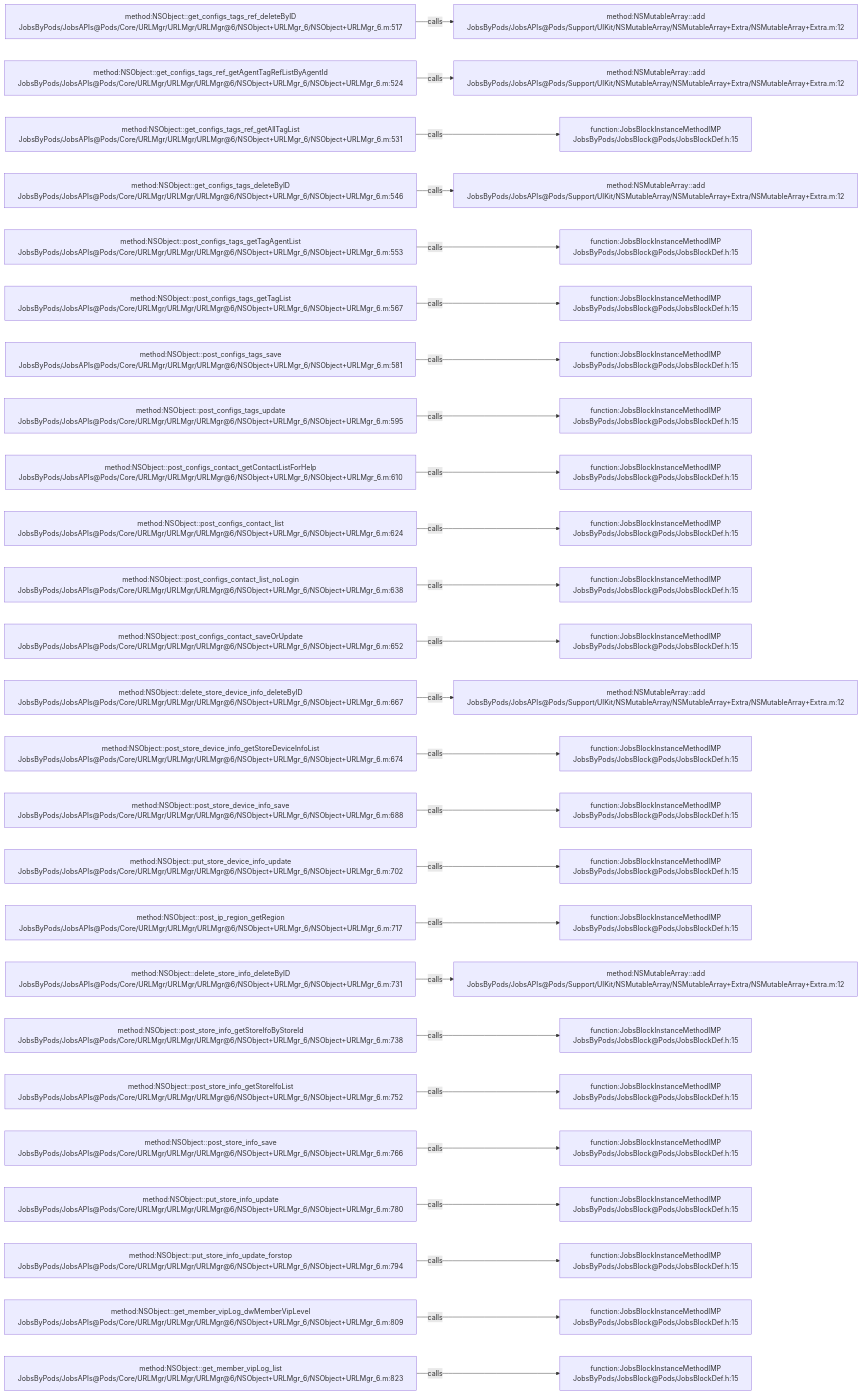
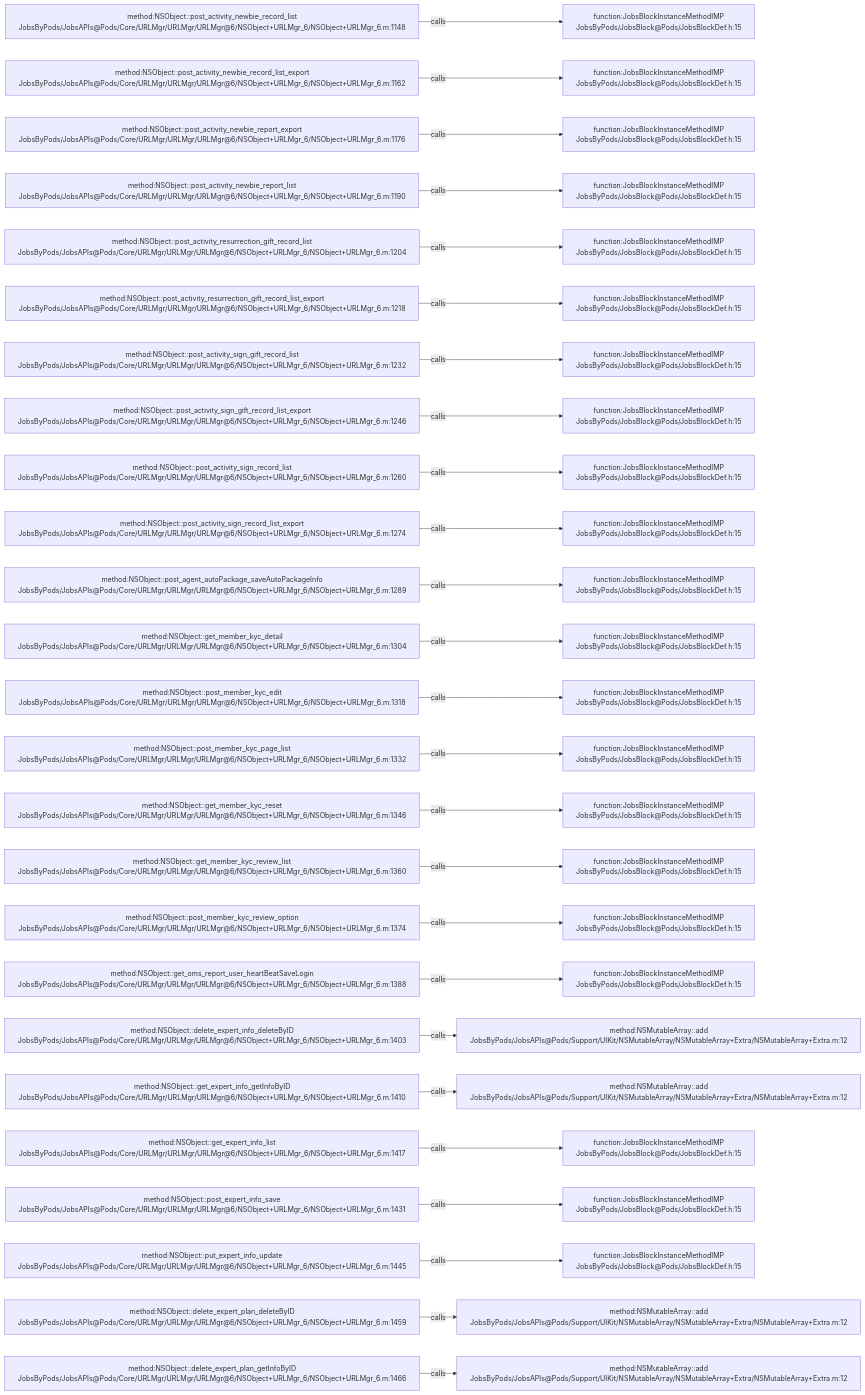
Before and after one commit to JobsKits/JobsOCBaseConfigDemo: the diagram in .codegraph/codegraph.md/graphs/calls-068.md, drawn with Mermaid. The commit also changed 223 other files, not shown here.

````diff
--- a/.codegraph/codegraph.md/graphs/calls-068.md
+++ b/.codegraph/codegraph.md/graphs/calls-068.md
@@ -13,78 +13,78 @@
 ```mermaid
 flowchart LR
-  S1["method:NSObject::get_configs_tags_ref_deleteByID<br/>JobsByPods/JobsAPIs@Pods/Core/URLMgr/URLMgr/URLMgr@6/NSObject+URLMgr_6/NSObject+URLMgr_6.m:517"]
-  T1["method:NSMutableArray::add<br/>JobsByPods/JobsAPIs@Pods/Support/UIKit/NSMutableArray/NSMutableArray+Extra/NSMutableArray+Extra.m:12"]
+  S1["method:NSObject::post_activity_newbie_record_list<br/>JobsByPods/JobsAPIs@Pods/Core/URLMgr/URLMgr/URLMgr@6/NSObject+URLMgr_6/NSObject+URLMgr_6.m:1148"]
+  T1["function:JobsBlockInstanceMethodIMP<br/>JobsByPods/JobsBlock@Pods/JobsBlockDef.h:15"]
   S1 -->|calls| T1
-  S2["method:NSObject::get_configs_tags_ref_getAgentTagRefListByAgentId<br/>JobsByPods/JobsAPIs@Pods/Core/URLMgr/URLMgr/URLMgr@6/NSObject+URLMgr_6/NSObject+URLMgr_6.m:524"]
-  T2["method:NSMutableArray::add<br/>JobsByPods/JobsAPIs@Pods/Support/UIKit/NSMutableArray/NSMutableArray+Extra/NSMutableArray+Extra.m:12"]
+  S2["method:NSObject::post_activity_newbie_record_list_export<br/>JobsByPods/JobsAPIs@Pods/Core/URLMgr/URLMgr/URLMgr@6/NSObject+URLMgr_6/NSObject+URLMgr_6.m:1162"]
+  T2["function:JobsBlockInstanceMethodIMP<br/>JobsByPods/JobsBlock@Pods/JobsBlockDef.h:15"]
   S2 -->|calls| T2
-  S3["method:NSObject::get_configs_tags_ref_getAllTagList<br/>JobsByPods/JobsAPIs@Pods/Core/URLMgr/URLMgr/URLMgr@6/NSObject+URLMgr_6/NSObject+URLMgr_6.m:531"]
+  S3["method:NSObject::post_activity_newbie_report_export<br/>JobsByPods/JobsAPIs@Pods/Core/URLMgr/URLMgr/URLMgr@6/NSObject+URLMgr_6/NSObject+URLMgr_6.m:1176"]
   T3["function:JobsBlockInstanceMethodIMP<br/>JobsByPods/JobsBlock@Pods/JobsBlockDef.h:15"]
   S3 -->|calls| T3
-  S4["method:NSObject::get_configs_tags_deleteByID<br/>JobsByPods/JobsAPIs@Pods/Core/URLMgr/URLMgr/URLMgr@6/NSObject+URLMgr_6/NSObject+URLMgr_6.m:546"]
-  T4["method:NSMutableArray::add<br/>JobsByPods/JobsAPIs@Pods/Support/UIKit/NSMutableArray/NSMutableArray+Extra/NSMutableArray+Extra.m:12"]
+  S4["method:NSObject::post_activity_newbie_report_list<br/>JobsByPods/JobsAPIs@Pods/Core/URLMgr/URLMgr/URLMgr@6/NSObject+URLMgr_6/NSObject+URLMgr_6.m:1190"]
+  T4["function:JobsBlockInstanceMethodIMP<br/>JobsByPods/JobsBlock@Pods/JobsBlockDef.h:15"]
   S4 -->|calls| T4
-  S5["method:NSObject::post_configs_tags_getTagAgentList<br/>JobsByPods/JobsAPIs@Pods/Core/URLMgr/URLMgr/URLMgr@6/NSObject+URLMgr_6/NSObject+URLMgr_6.m:553"]
+  S5["method:NSObject::post_activity_resurrection_gift_record_list<br/>JobsByPods/JobsAPIs@Pods/Core/URLMgr/URLMgr/URLMgr@6/NSObject+URLMgr_6/NSObject+URLMgr_6.m:1204"]
   T5["function:JobsBlockInstanceMethodIMP<br/>JobsByPods/JobsBlock@Pods/JobsBlockDef.h:15"]
   S5 -->|calls| T5
-  S6["method:NSObject::post_configs_tags_getTagList<br/>JobsByPods/JobsAPIs@Pods/Core/URLMgr/URLMgr/URLMgr@6/NSObject+URLMgr_6/NSObject+URLMgr_6.m:567"]
+  S6["method:NSObject::post_activity_resurrection_gift_record_list_export<br/>JobsByPods/JobsAPIs@Pods/Core/URLMgr/URLMgr/URLMgr@6/NSObject+URLMgr_6/NSObject+URLMgr_6.m:1218"]
   T6["function:JobsBlockInstanceMethodIMP<br/>JobsByPods/JobsBlock@Pods/JobsBlockDef.h:15"]
   S6 -->|calls| T6
-  S7["method:NSObject::post_configs_tags_save<br/>JobsByPods/JobsAPIs@Pods/Core/URLMgr/URLMgr/URLMgr@6/NSObject+URLMgr_6/NSObject+URLMgr_6.m:581"]
+  S7["method:NSObject::post_activity_sign_gift_record_list<br/>JobsByPods/JobsAPIs@Pods/Core/URLMgr/URLMgr/URLMgr@6/NSObject+URLMgr_6/NSObject+URLMgr_6.m:1232"]
   T7["function:JobsBlockInstanceMethodIMP<br/>JobsByPods/JobsBlock@Pods/JobsBlockDef.h:15"]
   S7 -->|calls| T7
-  S8["method:NSObject::post_configs_tags_update<br/>JobsByPods/JobsAPIs@Pods/Core/URLMgr/URLMgr/URLMgr@6/NSObject+URLMgr_6/NSObject+URLMgr_6.m:595"]
+  S8["method:NSObject::post_activity_sign_gift_record_list_export<br/>JobsByPods/JobsAPIs@Pods/Core/URLMgr/URLMgr/URLMgr@6/NSObject+URLMgr_6/NSObject+URLMgr_6.m:1246"]
   T8["function:JobsBlockInstanceMethodIMP<br/>JobsByPods/JobsBlock@Pods/JobsBlockDef.h:15"]
   S8 -->|calls| T8
-  S9["method:NSObject::post_configs_contact_getContactListForHelp<br/>JobsByPods/JobsAPIs@Pods/Core/URLMgr/URLMgr/URLMgr@6/NSObject+URLMgr_6/NSObject+URLMgr_6.m:610"]
+  S9["method:NSObject::post_activity_sign_record_list<br/>JobsByPods/JobsAPIs@Pods/Core/URLMgr/URLMgr/URLMgr@6/NSObject+URLMgr_6/NSObject+URLMgr_6.m:1260"]
   T9["function:JobsBlockInstanceMethodIMP<br/>JobsByPods/JobsBlock@Pods/JobsBlockDef.h:15"]
   S9 -->|calls| T9
-  S10["method:NSObject::post_configs_contact_list<br/>JobsByPods/JobsAPIs@Pods/Core/URLMgr/URLMgr/URLMgr@6/NSObject+URLMgr_6/NSObject+URLMgr_6.m:624"]
+  S10["method:NSObject::post_activity_sign_record_list_export<br/>JobsByPods/JobsAPIs@Pods/Core/URLMgr/URLMgr/URLMgr@6/NSObject+URLMgr_6/NSObject+URLMgr_6.m:1274"]
   T10["function:JobsBlockInstanceMethodIMP<br/>JobsByPods/JobsBlock@Pods/JobsBlockDef.h:15"]
   S10 -->|calls| T10
-  S11["method:NSObject::post_configs_contact_list_noLogin<br/>JobsByPods/JobsAPIs@Pods/Core/URLMgr/URLMgr/URLMgr@6/NSObject+URLMgr_6/NSObject+URLMgr_6.m:638"]
+  S11["method:NSObject::post_agent_autoPackage_saveAutoPackageInfo<br/>JobsByPods/JobsAPIs@Pods/Core/URLMgr/URLMgr/URLMgr@6/NSObject+URLMgr_6/NSObject+URLMgr_6.m:1289"]
   T11["function:JobsBlockInstanceMethodIMP<br/>JobsByPods/JobsBlock@Pods/JobsBlockDef.h:15"]
   S11 -->|calls| T11
-  S12["method:NSObject::post_configs_contact_saveOrUpdate<br/>JobsByPods/JobsAPIs@Pods/Core/URLMgr/URLMgr/URLMgr@6/NSObject+URLMgr_6/NSObject+URLMgr_6.m:652"]
+  S12["method:NSObject::get_member_kyc_detail<br/>JobsByPods/JobsAPIs@Pods/Core/URLMgr/URLMgr/URLMgr@6/NSObject+URLMgr_6/NSObject+URLMgr_6.m:1304"]
   T12["function:JobsBlockInstanceMethodIMP<br/>JobsByPods/JobsBlock@Pods/JobsBlockDef.h:15"]
   S12 -->|calls| T12
-  S13["method:NSObject::delete_store_device_info_deleteByID<br/>JobsByPods/JobsAPIs@Pods/Core/URLMgr/URLMgr/URLMgr@6/NSObject+URLMgr_6/NSObject+URLMgr_6.m:667"]
-  T13["method:NSMutableArray::add<br/>JobsByPods/JobsAPIs@Pods/Support/UIKit/NSMutableArray/NSMutableArray+Extra/NSMutableArray+Extra.m:12"]
+  S13["method:NSObject::post_member_kyc_edit<br/>JobsByPods/JobsAPIs@Pods/Core/URLMgr/URLMgr/URLMgr@6/NSObject+URLMgr_6/NSObject+URLMgr_6.m:1318"]
+  T13["function:JobsBlockInstanceMethodIMP<br/>JobsByPods/JobsBlock@Pods/JobsBlockDef.h:15"]
   S13 -->|calls| T13
-  S14["method:NSObject::post_store_device_info_getStoreDeviceInfoList<br/>JobsByPods/JobsAPIs@Pods/Core/URLMgr/URLMgr/URLMgr@6/NSObject+URLMgr_6/NSObject+URLMgr_6.m:674"]
+  S14["method:NSObject::post_member_kyc_page_list<br/>JobsByPods/JobsAPIs@Pods/Core/URLMgr/URLMgr/URLMgr@6/NSObject+URLMgr_6/NSObject+URLMgr_6.m:1332"]
   T14["function:JobsBlockInstanceMethodIMP<br/>JobsByPods/JobsBlock@Pods/JobsBlockDef.h:15"]
   S14 -->|calls| T14
-  S15["method:NSObject::post_store_device_info_save<br/>JobsByPods/JobsAPIs@Pods/Core/URLMgr/URLMgr/URLMgr@6/NSObject+URLMgr_6/NSObject+URLMgr_6.m:688"]
+  S15["method:NSObject::get_member_kyc_reset<br/>JobsByPods/JobsAPIs@Pods/Core/URLMgr/URLMgr/URLMgr@6/NSObject+URLMgr_6/NSObject+URLMgr_6.m:1346"]
   T15["function:JobsBlockInstanceMethodIMP<br/>JobsByPods/JobsBlock@Pods/JobsBlockDef.h:15"]
   S15 -->|calls| T15
-  S16["method:NSObject::put_store_device_info_update<br/>JobsByPods/JobsAPIs@Pods/Core/URLMgr/URLMgr/URLMgr@6/NSObject+URLMgr_6/NSObject+URLMgr_6.m:702"]
+  S16["method:NSObject::get_member_kyc_review_list<br/>JobsByPods/JobsAPIs@Pods/Core/URLMgr/URLMgr/URLMgr@6/NSObject+URLMgr_6/NSObject+URLMgr_6.m:1360"]
   T16["function:JobsBlockInstanceMethodIMP<br/>JobsByPods/JobsBlock@Pods/JobsBlockDef.h:15"]
   S16 -->|calls| T16
-  S17["method:NSObject::post_ip_region_getRegion<br/>JobsByPods/JobsAPIs@Pods/Core/URLMgr/URLMgr/URLMgr@6/NSObject+URLMgr_6/NSObject+URLMgr_6.m:717"]
+  S17["method:NSObject::post_member_kyc_review_option<br/>JobsByPods/JobsAPIs@Pods/Core/URLMgr/URLMgr/URLMgr@6/NSObject+URLMgr_6/NSObject+URLMgr_6.m:1374"]
   T17["function:JobsBlockInstanceMethodIMP<br/>JobsByPods/JobsBlock@Pods/JobsBlockDef.h:15"]
   S17 -->|calls| T17
-  S18["method:NSObject::delete_store_info_deleteByID<br/>JobsByPods/JobsAPIs@Pods/Core/URLMgr/URLMgr/URLMgr@6/NSObject+URLMgr_6/NSObject+URLMgr_6.m:731"]
-  T18["method:NSMutableArray::add<br/>JobsByPods/JobsAPIs@Pods/Support/UIKit/NSMutableArray/NSMutableArray+Extra/NSMutableArray+Extra.m:12"]
+  S18["method:NSObject::get_oms_report_user_heartBeatSaveLogin<br/>JobsByPods/JobsAPIs@Pods/Core/URLMgr/URLMgr/URLMgr@6/NSObject+URLMgr_6/NSObject+URLMgr_6.m:1388"]
+  T18["function:JobsBlockInstanceMethodIMP<br/>JobsByPods/JobsBlock@Pods/JobsBlockDef.h:15"]
   S18 -->|calls| T18
-  S19["method:NSObject::post_store_info_getStoreIfoByStoreId<br/>JobsByPods/JobsAPIs@Pods/Core/URLMgr/URLMgr/URLMgr@6/NSObject+URLMgr_6/NSObject+URLMgr_6.m:738"]
-  T19["function:JobsBlockInstanceMethodIMP<br/>JobsByPods/JobsBlock@Pods/JobsBlockDef.h:15"]
+  S19["method:NSObject::delete_expert_info_deleteByID<br/>JobsByPods/JobsAPIs@Pods/Core/URLMgr/URLMgr/URLMgr@6/NSObject+URLMgr_6/NSObject+URLMgr_6.m:1403"]
+  T19["method:NSMutableArray::add<br/>JobsByPods/JobsAPIs@Pods/Support/UIKit/NSMutableArray/NSMutableArray+Extra/NSMutableArray+Extra.m:12"]
   S19 -->|calls| T19
-  S20["method:NSObject::post_store_info_getStoreIfoList<br/>JobsByPods/JobsAPIs@Pods/Core/URLMgr/URLMgr/URLMgr@6/NSObject+URLMgr_6/NSObject+URLMgr_6.m:752"]
-  T20["function:JobsBlockInstanceMethodIMP<br/>JobsByPods/JobsBlock@Pods/JobsBlockDef.h:15"]
+  S20["method:NSObject::get_expert_info_getInfoByID<br/>JobsByPods/JobsAPIs@Pods/Core/URLMgr/URLMgr/URLMgr@6/NSObject+URLMgr_6/NSObject+URLMgr_6.m:1410"]
+  T20["method:NSMutableArray::add<br/>JobsByPods/JobsAPIs@Pods/Support/UIKit/NSMutableArray/NSMutableArray+Extra/NSMutableArray+Extra.m:12"]
   S20 -->|calls| T20
-  S21["method:NSObject::post_store_info_save<br/>JobsByPods/JobsAPIs@Pods/Core/URLMgr/URLMgr/URLMgr@6/NSObject+URLMgr_6/NSObject+URLMgr_6.m:766"]
+  S21["method:NSObject::get_expert_info_list<br/>JobsByPods/JobsAPIs@Pods/Core/URLMgr/URLMgr/URLMgr@6/NSObject+URLMgr_6/NSObject+URLMgr_6.m:1417"]
   T21["function:JobsBlockInstanceMethodIMP<br/>JobsByPods/JobsBlock@Pods/JobsBlockDef.h:15"]
   S21 -->|calls| T21
-  S22["method:NSObject::put_store_info_update<br/>JobsByPods/JobsAPIs@Pods/Core/URLMgr/URLMgr/URLMgr@6/NSObject+URLMgr_6/NSObject+URLMgr_6.m:780"]
+  S22["method:NSObject::post_expert_info_save<br/>JobsByPods/JobsAPIs@Pods/Core/URLMgr/URLMgr/URLMgr@6/NSObject+URLMgr_6/NSObject+URLMgr_6.m:1431"]
   T22["function:JobsBlockInstanceMethodIMP<br/>JobsByPods/JobsBlock@Pods/JobsBlockDef.h:15"]
   S22 -->|calls| T22
-  S23["method:NSObject::put_store_info_update_forstop<br/>JobsByPods/JobsAPIs@Pods/Core/URLMgr/URLMgr/URLMgr@6/NSObject+URLMgr_6/NSObject+URLMgr_6.m:794"]
+  S23["method:NSObject::put_expert_info_update<br/>JobsByPods/JobsAPIs@Pods/Core/URLMgr/URLMgr/URLMgr@6/NSObject+URLMgr_6/NSObject+URLMgr_6.m:1445"]
   T23["function:JobsBlockInstanceMethodIMP<br/>JobsByPods/JobsBlock@Pods/JobsBlockDef.h:15"]
   S23 -->|calls| T23
-  S24["method:NSObject::get_member_vipLog_dwMemberVipLevel<br/>JobsByPods/JobsAPIs@Pods/Core/URLMgr/URLMgr/URLMgr@6/NSObject+URLMgr_6/NSObject+URLMgr_6.m:809"]
-  T24["function:JobsBlockInstanceMethodIMP<br/>JobsByPods/JobsBlock@Pods/JobsBlockDef.h:15"]
+  S24["method:NSObject::delete_expert_plan_deleteByID<br/>JobsByPods/JobsAPIs@Pods/Core/URLMgr/URLMgr/URLMgr@6/NSObject+URLMgr_6/NSObject+URLMgr_6.m:1459"]
+  T24["method:NSMutableArray::add<br/>JobsByPods/JobsAPIs@Pods/Support/UIKit/NSMutableArray/NSMutableArray+Extra/NSMutableArray+Extra.m:12"]
   S24 -->|calls| T24
-  S25["method:NSObject::get_member_vipLog_list<br/>JobsByPods/JobsAPIs@Pods/Core/URLMgr/URLMgr/URLMgr@6/NSObject+URLMgr_6/NSObject+URLMgr_6.m:823"]
-  T25["function:JobsBlockInstanceMethodIMP<br/>JobsByPods/JobsBlock@Pods/JobsBlockDef.h:15"]
+  S25["method:NSObject::delete_expert_plan_getInfoByID<br/>JobsByPods/JobsAPIs@Pods/Core/URLMgr/URLMgr/URLMgr@6/NSObject+URLMgr_6/NSObject+URLMgr_6.m:1466"]
+  T25["method:NSMutableArray::add<br/>JobsByPods/JobsAPIs@Pods/Support/UIKit/NSMutableArray/NSMutableArray+Extra/NSMutableArray+Extra.m:12"]
   S25 -->|calls| T25
 ```
````
